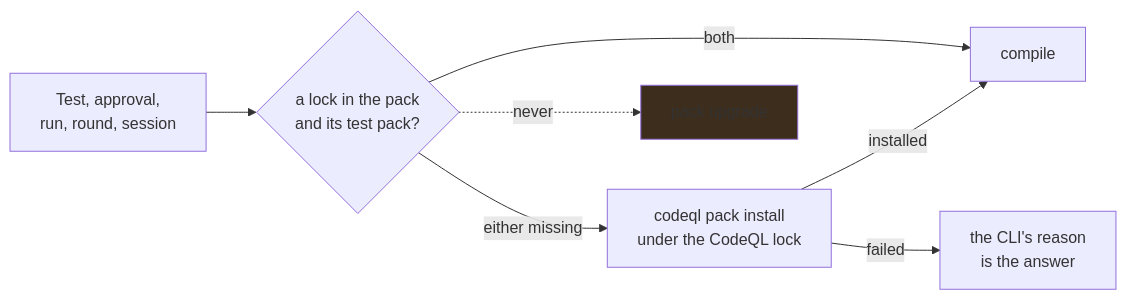
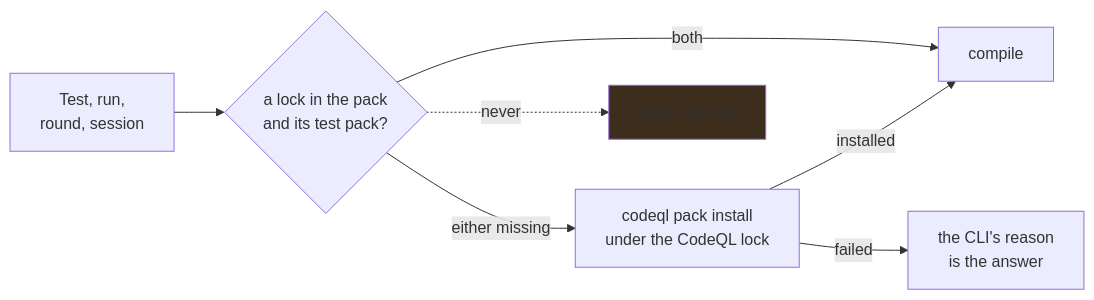
One commit to advanced-security/codeql-abom changed the third of 11 diagrams in docs/architecture.md. Above: the diagram before and after it, drawn with Mermaid. The commit also changed other lines of this file and 240 other files, not shown here.

````diff
--- a/docs/architecture.md
+++ b/docs/architecture.md
@@ -291,10 +293,10 @@
 ```mermaid
 flowchart LR
-    ACT["Test, approval,<br/>run, round, session"] --> Q{"a lock in the pack<br/>and its test pack?"}
+    ACT["Test, run,<br/>round, session"] --> Q{"a lock in the pack<br/>and its test pack?"}
     Q -->|"both"| GO["compile"]
     Q -->|"either missing"| INS["codeql pack install<br/>under the CodeQL lock"]
     INS -->|"installed"| GO
     INS -->|"failed"| WHY["the CLI's reason<br/>is the answer"]
     Q -. "never" .-> UP["pack upgrade"]
     style UP fill:#3d2d1d
 ```
````
